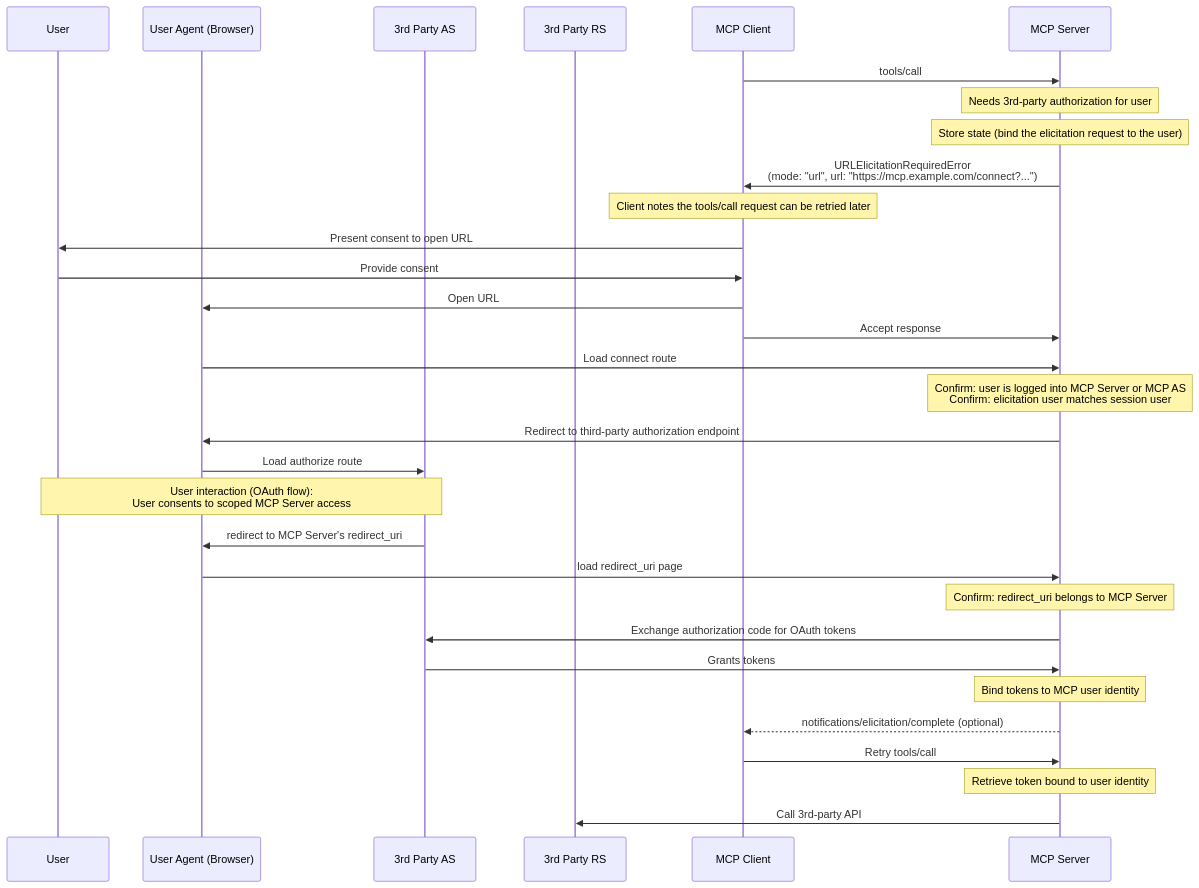
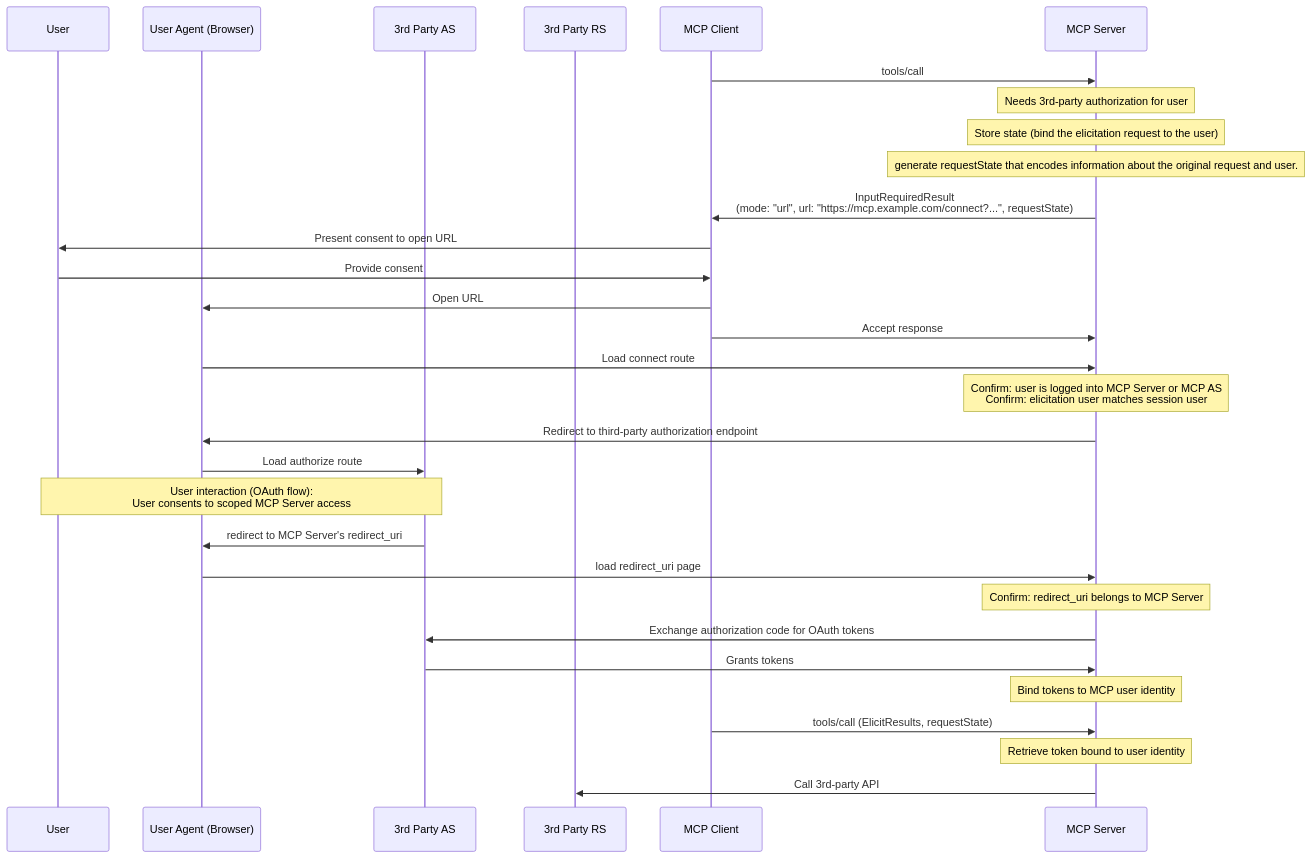
Before and after one commit to maguroid/skills: the third of 3 diagrams in mcp-typescript/references/repos/modelcontextprotocol/docs/specification/draft/client/elicitation.mdx, drawn with Mermaid. The commit also changed other lines of this file and 2208 other files, not shown here.

````diff
--- a/mcp-typescript/references/repos/modelcontextprotocol/docs/specification/draft/client/elicitation.mdx
+++ b/mcp-typescript/references/repos/modelcontextprotocol/docs/specification/draft/client/elicitation.mdx
@@ -650,34 +551,35 @@
 ```mermaid
 sequenceDiagram
     participant User
     participant UserAgent as User Agent (Browser)
     participant 3AS as 3rd Party AS
     participant 3RS as 3rd Party RS
     participant Client as MCP Client
     participant Server as MCP Server
 
     Client->>Server: tools/call
     Note over Server: Needs 3rd-party authorization for user
     Note over Server: Store state (bind the elicitation request to the user)
-    Server->>Client: URLElicitationRequiredError<br> (mode: "url", url: "https://mcp.example.com/connect?...")
-    Note over Client: Client notes the tools/call request can be retried later
+    Note over Server: generate requestState that encodes information about the original request and user.
+    Server->>Client: InputRequiredResult<br/>(mode: "url", url: "https://mcp.example.com/connect?...", requestState)
+
     Client->>User: Present consent to open URL
     User->>Client: Provide consent
     Client->>UserAgent: Open URL
     Client->>Server: Accept response
     UserAgent->>Server: Load connect route
+
     Note over Server: Confirm: user is logged into MCP Server or MCP AS<br>Confirm: elicitation user matches session user
     Server->>UserAgent: Redirect to third-party authorization endpoint
     UserAgent->>3AS: Load authorize route
     Note over 3AS,User: User interaction (OAuth flow):<br>User consents to scoped MCP Server access
     3AS->>UserAgent: redirect to MCP Server's redirect_uri
     UserAgent->>Server: load redirect_uri page
     Note over Server: Confirm: redirect_uri belongs to MCP Server
     Server->>3AS: Exchange authorization code for  OAuth tokens
     3AS->>Server: Grants tokens
     Note over Server: Bind tokens to MCP user identity
-    Server-->>Client: notifications/elicitation/complete (optional)
-    Client->>Server: Retry tools/call
+    Client->>Server: tools/call (ElicitResults, requestState)
     Note over Server: Retrieve token bound to user identity
     Server->>3RS: Call 3rd-party API
 ```
````
